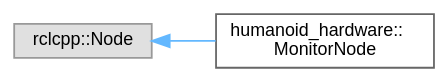
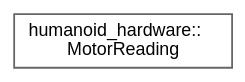
Before and after one commit to Sensor-Fusion-and-Advanced-Control/.github: the diagram in humanoid/api/cpp_generated/inherit_graph_6.dot, drawn with Graphviz. The commit also changed 229 other files, not shown here.

```diff
--- a/humanoid/api/cpp_generated/inherit_graph_6.dot
+++ b/humanoid/api/cpp_generated/inherit_graph_6.dot
@@ -1,11 +1,9 @@
 digraph "Graphical Class Hierarchy"
 {
  // LATEX_PDF_SIZE
   bgcolor="transparent";
   edge [fontname=Helvetica,fontsize=10,labelfontname=Helvetica,labelfontsize=10];
   node [fontname=Helvetica,fontsize=10,shape=box,height=0.2,width=0.4];
   rankdir="LR";
-  Node0 [id="Node000000",label="rclcpp::Node",height=0.2,width=0.4,color="grey60", fillcolor="#E0E0E0", style="filled",tooltip=" "];
-  Node0 -> Node1 [id="edge1_Node000000_Node000001",dir="back",color="steelblue1",style="solid",tooltip=" "];
-  Node1 [id="Node000001",label="humanoid_hardware::\lMonitorNode",height=0.2,width=0.4,color="grey40", fillcolor="white", style="filled",URL="$classhumanoid__hardware_1_1MonitorNode.html",tooltip=" "];
+  Node0 [id="Node000000",label="humanoid_hardware::\lMotorReading",height=0.2,width=0.4,color="grey40", fillcolor="white", style="filled",URL="$structhumanoid__hardware_1_1MotorReading.html",tooltip=" "];
 }
```
